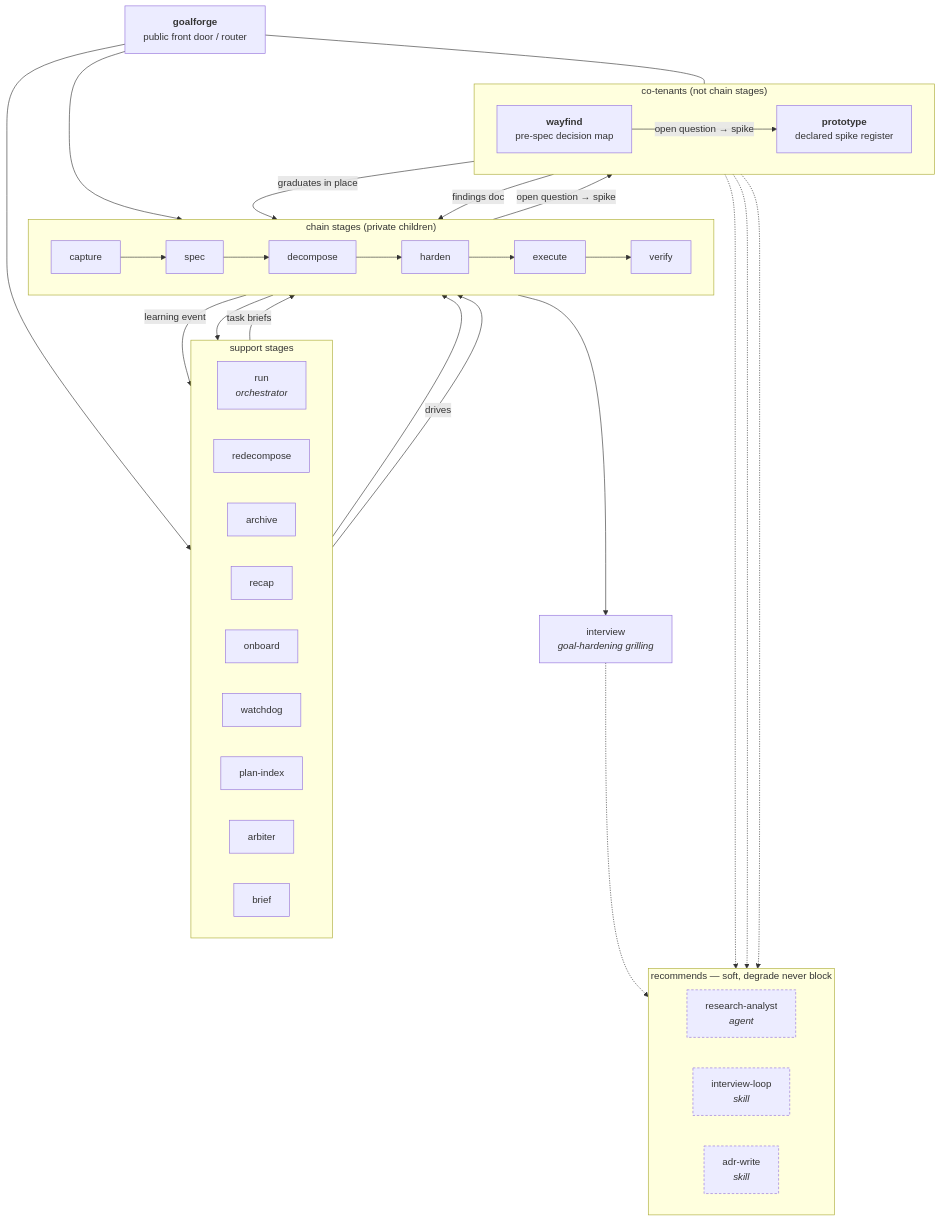
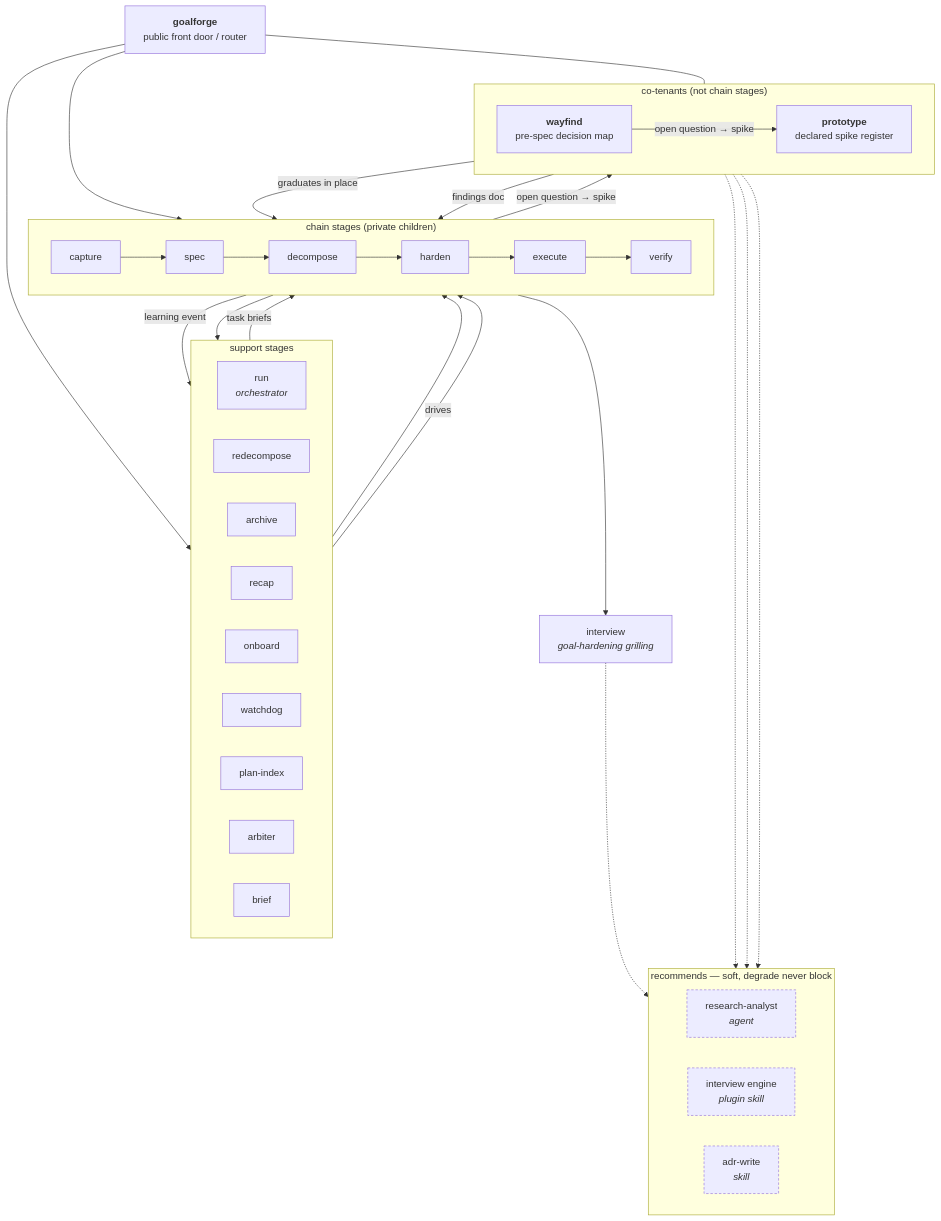
One commit to Truncuso/cogwright changed the second of 2 diagrams in docs/ARCHITECTURE.md. Above: the diagram before and after it, drawn with Mermaid. The commit also changed other lines of this file and 3 other files, not shown here.

First line of the commit message:
feat(goalforge): rewire relations target, architecture docs, and README catalog to the interview plugin

````diff
--- a/docs/ARCHITECTURE.md
+++ b/docs/ARCHITECTURE.md
@@ -72,57 +72,57 @@
 ```mermaid
 flowchart TB
     GF["<b>goalforge</b><br/>public front door / router"]
 
     subgraph CHAIN["chain stages (private children)"]
         direction LR
         CAP[capture] --> SPEC[spec] --> DEC[decompose] --> HAR[harden] --> EXE[execute] --> VER[verify]
     end
 
     subgraph SUP["support stages"]
         direction LR
         RUN["run<br/><i>orchestrator</i>"]
         RED[redecompose]
         ARC[archive]
         REC[recap]
         ONB[onboard]
         WD[watchdog]
         PIX[plan-index]
         ARB[arbiter]
         BRF[brief]
     end
 
     subgraph TEN["co-tenants (not chain stages)"]
         direction LR
         WAY["<b>wayfind</b><br/>pre-spec decision map"]
         PRO["<b>prototype</b><br/>declared spike register"]
     end
 
     GF --> CHAIN
     GF --> SUP
     GF --- TEN
 
     RUN -->|drives| CHAIN
     WAY -->|graduates in place| CAP
     HAR -->|open question → spike| PRO
     PRO -->|findings doc| HAR
     WAY -->|open question → spike| PRO
     BRF -->|task briefs| EXE
     VER -->|learning event| RED --> DEC
     VER --> ARC
 
     subgraph EXT["recommends — soft, degrade never block"]
         direction LR
         RA["research-analyst<br/><i>agent</i>"]
-        IL["interview-loop<br/><i>skill</i>"]
+        IL["interview engine<br/><i>plugin skill</i>"]
         ADR["adr-write<br/><i>skill</i>"]
     end
 
     WAY -.-> RA
     WAY -.-> IL
     WAY -.-> ADR
     INT["interview<br/><i>goal-hardening grilling</i>"] -.-> IL
     HAR --> INT
 
     classDef ext stroke-dasharray: 4 3;
     class RA,IL,ADR ext;
 ```
````
